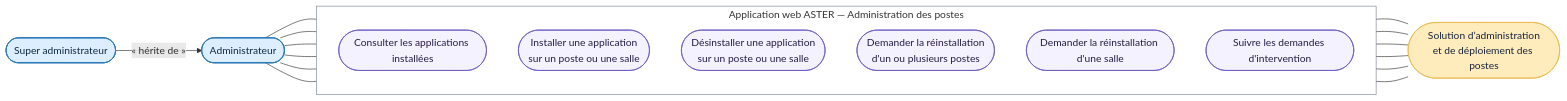
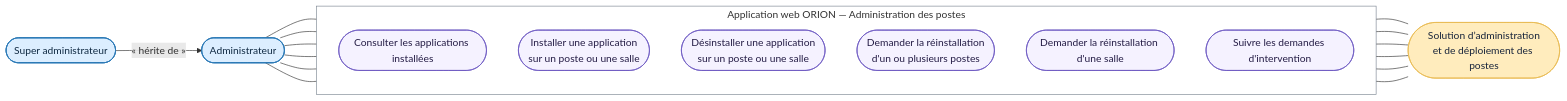
One commit to bpierrelouis/aster changed the diagram in docs/09-DCU-ADMINISTRATION-POSTES.md. Above: the diagram before and after it, drawn with Mermaid. The commit also changed 126 other files, not shown here.

First line of the commit message:
refactor: renommer ASTER en ORION dans tout le dépôt

````diff
--- a/docs/09-DCU-ADMINISTRATION-POSTES.md
+++ b/docs/09-DCU-ADMINISTRATION-POSTES.md
@@ -3,41 +3,41 @@
 ```mermaid
 flowchart LR
     administrateur(["Administrateur"])
     superAdministrateur(["Super administrateur"])
 
     superAdministrateur -->|« hérite de »| administrateur
 
-    subgraph aster["Application web ASTER — Administration des postes"]
+    subgraph orion["Application web ORION — Administration des postes"]
         direction TB
         consulterApplications(["Consulter les applications installées"])
         installerApplication(["Installer une application<br/>sur un poste ou une salle"])
         desinstallerApplication(["Désinstaller une application<br/>sur un poste ou une salle"])
         demanderPoste(["Demander la réinstallation<br/>d'un ou plusieurs postes"])
         demanderSalle(["Demander la réinstallation d'une salle"])
         suivreInterventions(["Suivre les demandes d'intervention"])
     end
 
     administrationDistante(["Solution d’administration<br/>et de déploiement des postes"])
 
     administrateur --- consulterApplications
     administrateur --- installerApplication
     administrateur --- desinstallerApplication
     administrateur --- demanderPoste
     administrateur --- demanderSalle
     administrateur --- suivreInterventions
     consulterApplications --- administrationDistante
     installerApplication --- administrationDistante
     desinstallerApplication --- administrationDistante
     demanderPoste --- administrationDistante
     demanderSalle --- administrationDistante
     suivreInterventions --- administrationDistante
 
     classDef acteurReel fill:#DCEEFF,stroke:#2878B5,color:#102A43,stroke-width:1.5px
     classDef acteurSecondaire fill:#FFECBD,stroke:#E8B84E,color:#17243B
     classDef casUtilisation fill:#F5F2FF,stroke:#6954C0,color:#241C45
     class administrateur,superAdministrateur acteurReel
     class administrationDistante acteurSecondaire
     class consulterApplications,installerApplication,desinstallerApplication,demanderPoste,demanderSalle,suivreInterventions casUtilisation
 
-    style aster fill:none,stroke:#7D8793,stroke-width:1px
+    style orion fill:none,stroke:#7D8793,stroke-width:1px
 ```
````
